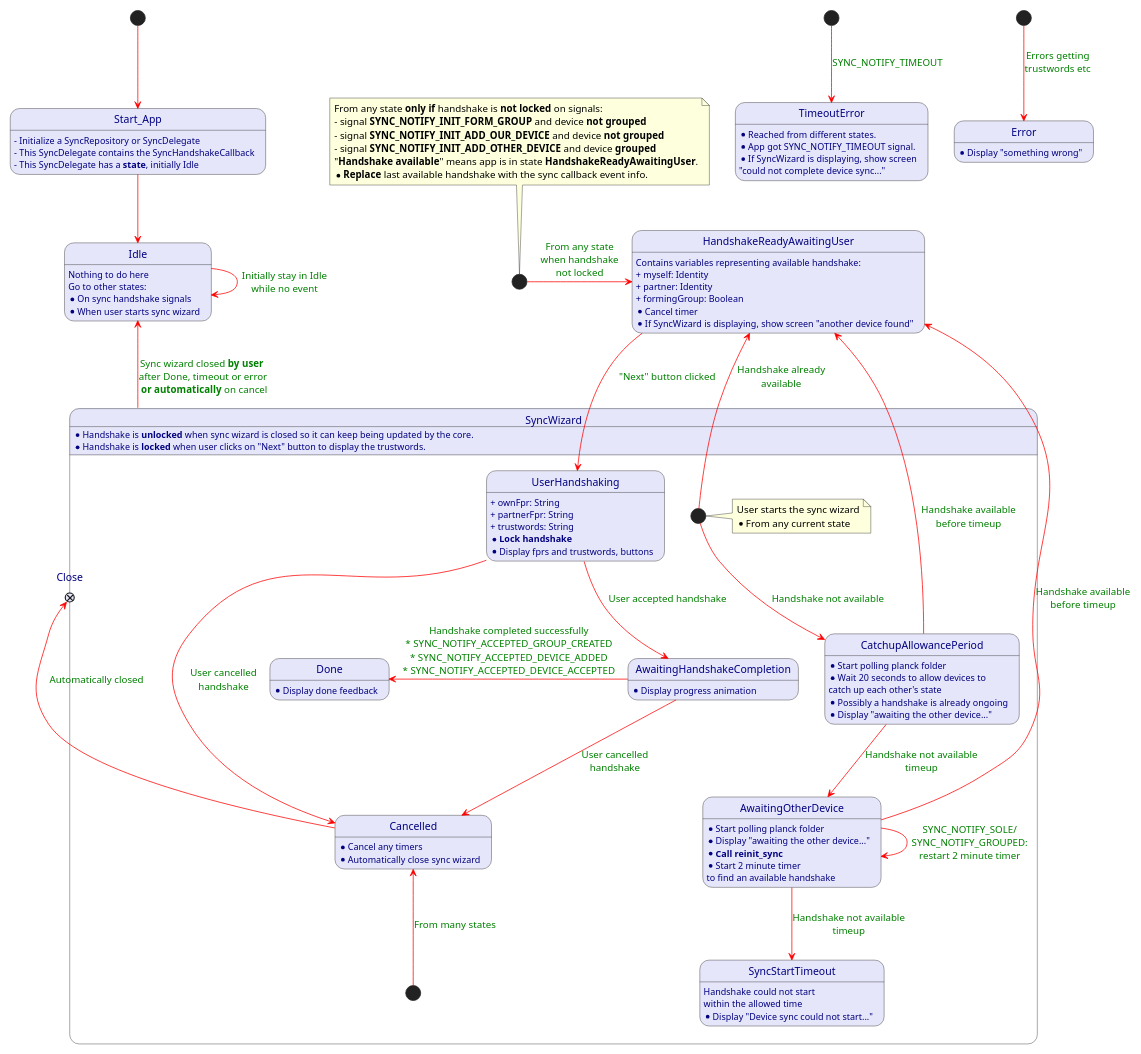
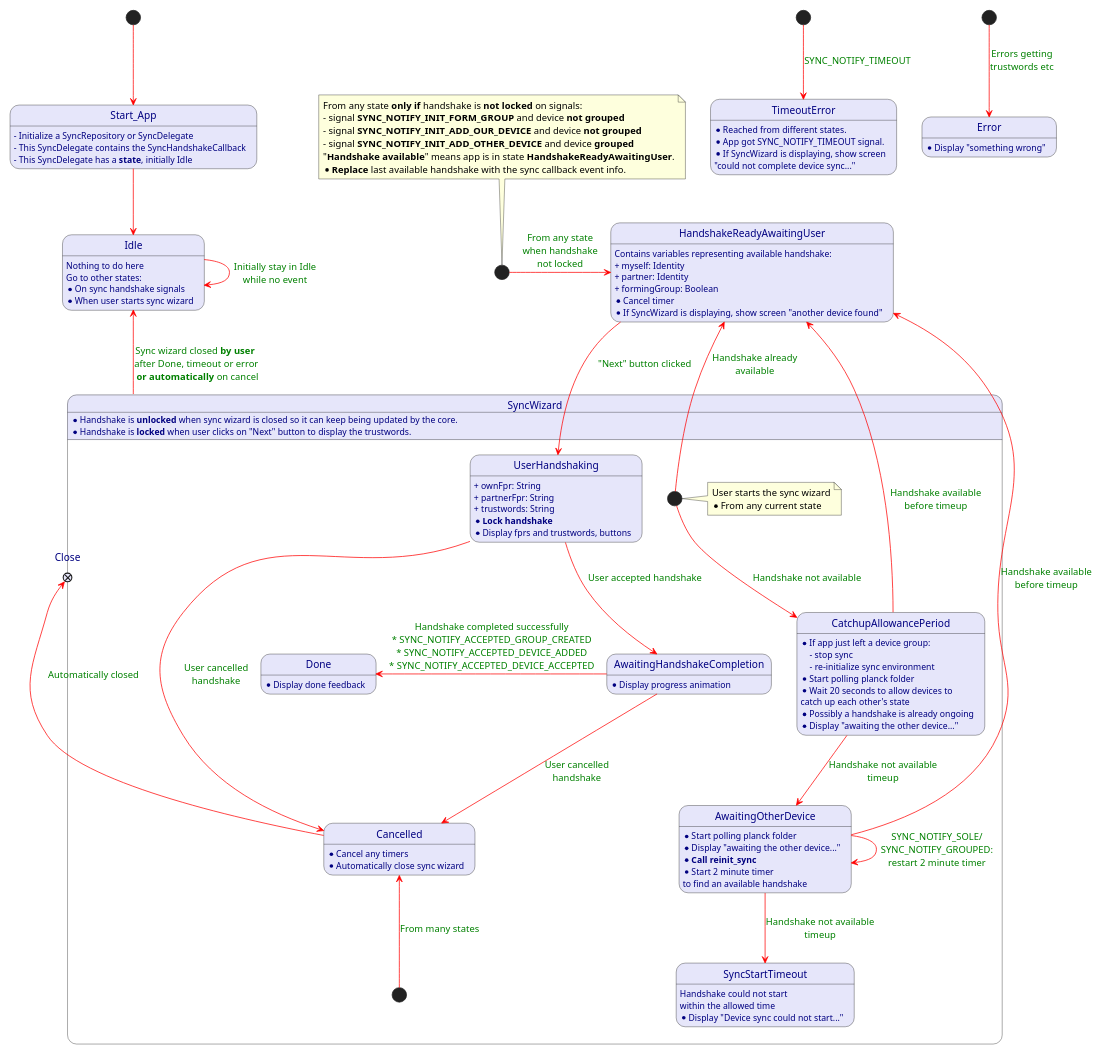
One commit to plancksecurity/android-planckForAndroid changed the diagram in diagrams/sync/SyncFlowStateDiagram.puml. Above: the diagram before and after it, drawn with PlantUML.

Commit message:
EFA-450 Update diagram

```diff
--- a/diagrams/sync/SyncFlowStateDiagram.puml
+++ b/diagrams/sync/SyncFlowStateDiagram.puml
@@ -1,124 +1,125 @@
 @startuml
 'https://plantuml.com/state-diagram
 'skinparam ranksep 20
 skinparam dpi 125
 'skinparam packageTitleAlignment left
 'skinparam linetype ortho
 'skinparam linetype polyline
 'left to right direction
 skinparam arrowColor red
 skinparam arrowFontColor green
 'skinparam handwritten true
 skinparam State {
     AttributeFontcolor navy
     BackgroundColor lavender
 }
 
 
 scale 800 width
 scale 800 height
 
 [*] --> Start_App
 Start_App : - Initialize a SyncRepository or SyncDelegate
 Start_App : - This SyncDelegate contains the SyncHandshakeCallback
 Start_App : - This SyncDelegate has a **state**, initially Idle
 
 Start_App -down-> Idle
 Idle: Nothing to do here
 Idle: Go to other states:
 Idle: * On sync handshake signals
 Idle: * When user starts sync wizard
 Idle -> Idle : Initially stay in Idle\nwhile no event
 'Idle ---> Sync_Wizard
 state SyncWizard {
 SyncWizard: * Handshake is **unlocked** when sync wizard is closed so it can keep being updated by the core.
 SyncWizard: * Handshake is **locked** when user clicks on "Next" button to display the trustwords.
     state Wizard_Start <<start>>
     note right of Wizard_Start
       User starts the sync wizard
       * From any current state
     end note
 
     Wizard_Start --> CatchupAllowancePeriod : Handshake not available
 
+    CatchupAllowancePeriod: * If app just left a device group:\n    - stop sync\n    - re-initialize sync environment
     CatchupAllowancePeriod: * Start polling planck folder
     CatchupAllowancePeriod: * Wait 20 seconds to allow devices to \ncatch up each other's state
     CatchupAllowancePeriod: * Possibly a handshake is already ongoing
     CatchupAllowancePeriod: * Display "awaiting the other device..."
 
     CatchupAllowancePeriod --> AwaitingOtherDevice : Handshake not available\ntimeup
     AwaitingOtherDevice: * Start polling planck folder
     AwaitingOtherDevice: * Display "awaiting the other device..."
     AwaitingOtherDevice: * **Call reinit_sync**
     AwaitingOtherDevice: * Start 2 minute timer
     AwaitingOtherDevice: to find an available handshake
     AwaitingOtherDevice --> AwaitingOtherDevice : SYNC_NOTIFY_SOLE/\nSYNC_NOTIFY_GROUPED:\nrestart 2 minute timer
     AwaitingOtherDevice --> SyncStartTimeout : Handshake not available\ntimeup
     SyncStartTimeout: Handshake could not start\nwithin the allowed time
     SyncStartTimeout: * Display "Device sync could not start..."
 
     state UserHandshaking
     UserHandshaking: + ownFpr: String
     UserHandshaking: + partnerFpr: String
     UserHandshaking: + trustwords: String
     UserHandshaking: * **Lock handshake**
     UserHandshaking: * Display fprs and trustwords, buttons
 
     state AwaitingHandshakeCompletion
     AwaitingHandshakeCompletion: * Display progress animation
     UserHandshaking --> AwaitingHandshakeCompletion : User accepted handshake
     AwaitingHandshakeCompletion -left> Done : Handshake completed successfully\n* SYNC_NOTIFY_ACCEPTED_GROUP_CREATED\n* SYNC_NOTIFY_ACCEPTED_DEVICE_ADDED\n* SYNC_NOTIFY_ACCEPTED_DEVICE_ACCEPTED
     Done: * Display done feedback
 
     UserHandshaking --> Cancelled : User cancelled\nhandshake
     Cancelled: * Cancel any timers
     Cancelled: * Automatically close sync wizard
     state CancelledRoot <<start>>
     CancelledRoot -up-> Cancelled : From many states
     AwaitingHandshakeCompletion --> Cancelled : User cancelled\nhandshake
     state Close <<exitPoint>>
     Cancelled -[norank]left-> Close : Automatically closed
 }
 
 SyncWizard -up-> Idle : Sync wizard closed **by user** \nafter Done, timeout or error\n **or automatically** on cancel
 
 Wizard_Start --> HandshakeReadyAwaitingUser : Handshake already\navailable
 CatchupAllowancePeriod -up------> HandshakeReadyAwaitingUser : Handshake available\nbefore timeup
 AwaitingOtherDevice --> HandshakeReadyAwaitingUser : Handshake available\nbefore timeup
 HandshakeReadyAwaitingUser --> UserHandshaking : "Next" button clicked
 
 
 
 state HandshakeReadyAwaitingUser
 HandshakeReadyAwaitingUser: Contains variables representing available handshake:
 HandshakeReadyAwaitingUser: + myself: Identity
 HandshakeReadyAwaitingUser: + partner: Identity
 HandshakeReadyAwaitingUser: + formingGroup: Boolean
 HandshakeReadyAwaitingUser: * Cancel timer
 HandshakeReadyAwaitingUser: * If SyncWizard is displaying, show screen "another device found"
 
 state TimeoutRoot <<start>>
 TimeoutRoot --> TimeoutError : SYNC_NOTIFY_TIMEOUT
 TimeoutError: * Reached from different states.
 TimeoutError: * App got SYNC_NOTIFY_TIMEOUT signal.
 TimeoutError: * If SyncWizard is displaying, show screen\n"could not complete device sync..."
 
 state ErrorRoot <<start>>
 ErrorRoot --> Error : Errors getting\ntrustwords etc
 Error: * Display "something wrong"
 
 
 
 state anyState <<start>>
 anyState -> HandshakeReadyAwaitingUser: From any state\nwhen handshake\nnot locked
 note top of anyState
 From any state **only if** handshake is **not locked** on signals:
 - signal **SYNC_NOTIFY_INIT_FORM_GROUP** and device **not grouped**
 - signal **SYNC_NOTIFY_INIT_ADD_OUR_DEVICE** and device **not grouped**
 - signal **SYNC_NOTIFY_INIT_ADD_OTHER_DEVICE** and device **grouped**
 "**Handshake available**" means app is in state **HandshakeReadyAwaitingUser**.
 * **Replace** last available handshake with the sync callback event info.
 end note
 
 
 @enduml
```
